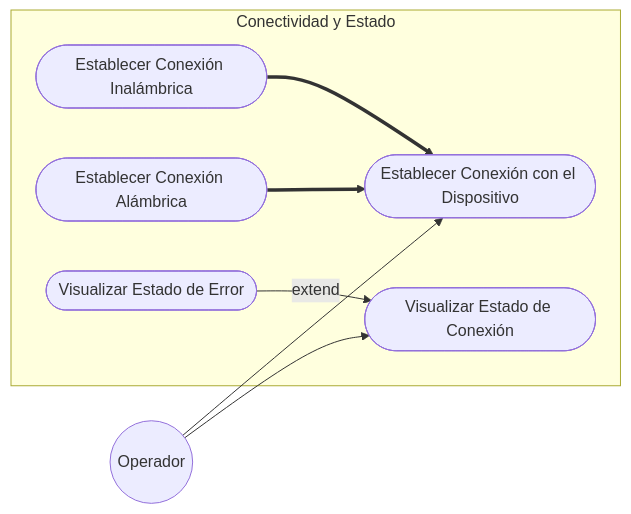
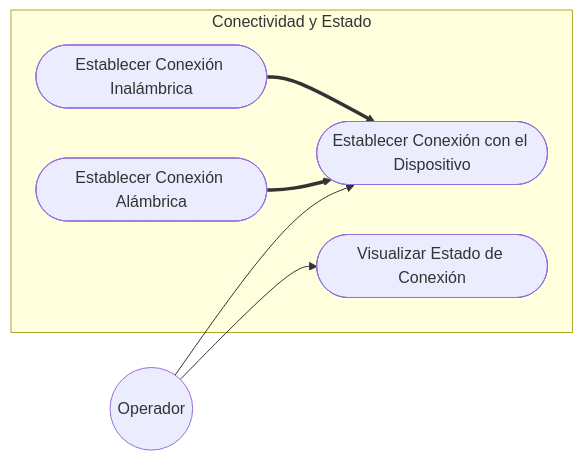
The seventh of 11 diagrams in Gmini-MarkDown/Guanaco Mini.md (alegrelias/Repo-GMini), drawn with Mermaid before and after one commit. The commit also changed 2 other files, not shown here.

Commit message:
Se modifica diagrama de CU del subistema 1 para mantener coherencia con la definición

````diff
--- a/Gmini-MarkDown/Guanaco Mini.md
+++ b/Gmini-MarkDown/Guanaco Mini.md
@@ -525,24 +525,20 @@
 ```mermaid
 flowchart LR
 %%Actores
 Operador((Operador))
 
 subgraph Conectividad y Estado
 	CU1([Establecer Conexión con el Dispositivo])
 	CU2([Establecer Conexión Inalámbrica])
 	CU3([Establecer Conexión Alámbrica])
 	CU4([Visualizar Estado de Conexión])
-	CU5([Visualizar Estado de Error])
 end
 
 %%Asignación
 Operador --> CU1
 Operador --> CU4
 
-%%Relación
-CU5 --extend--> CU4
-
 %%Jerarquía
 CU2 ==> CU1
 CU3 ==> CU1
 ```
````
